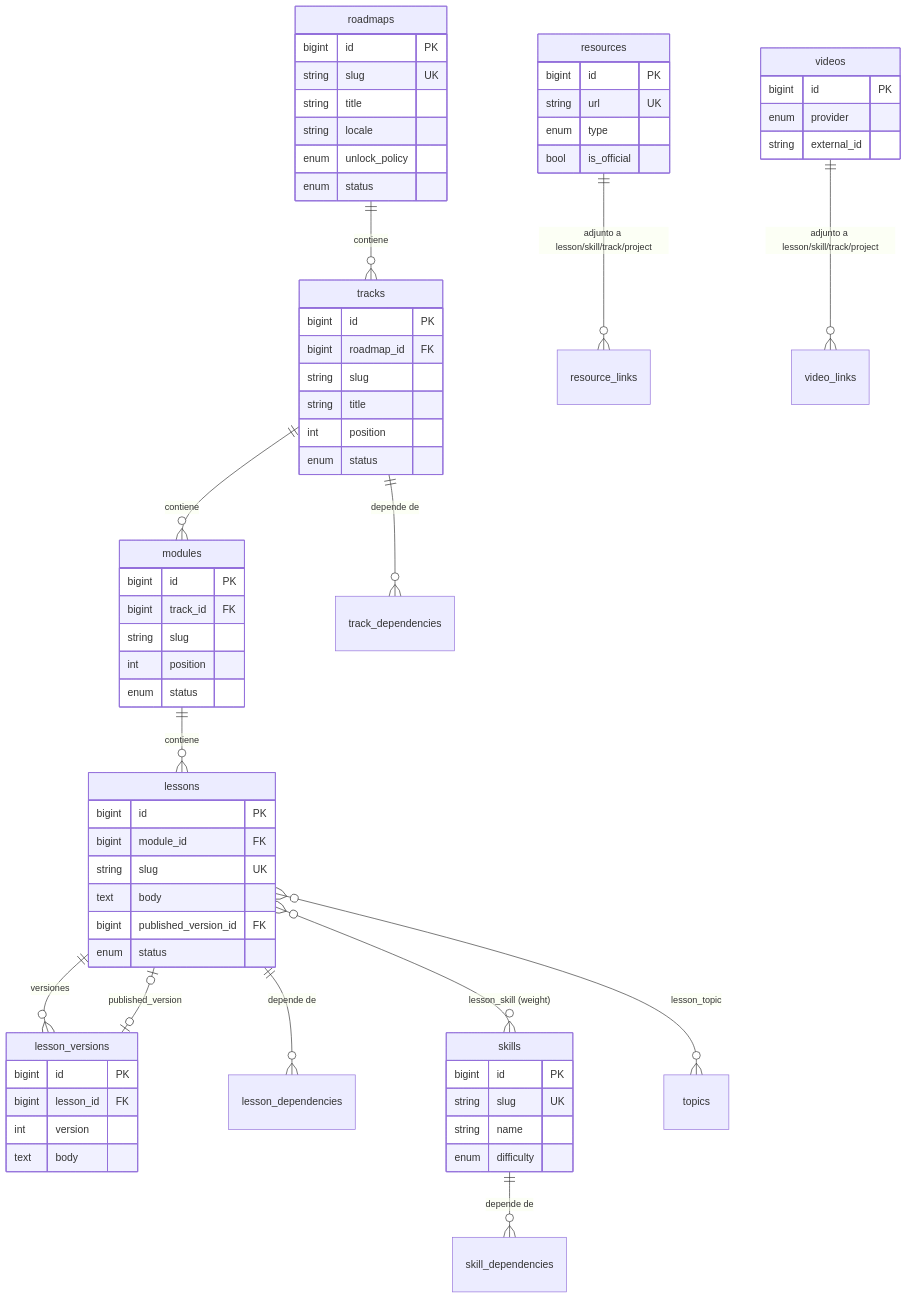
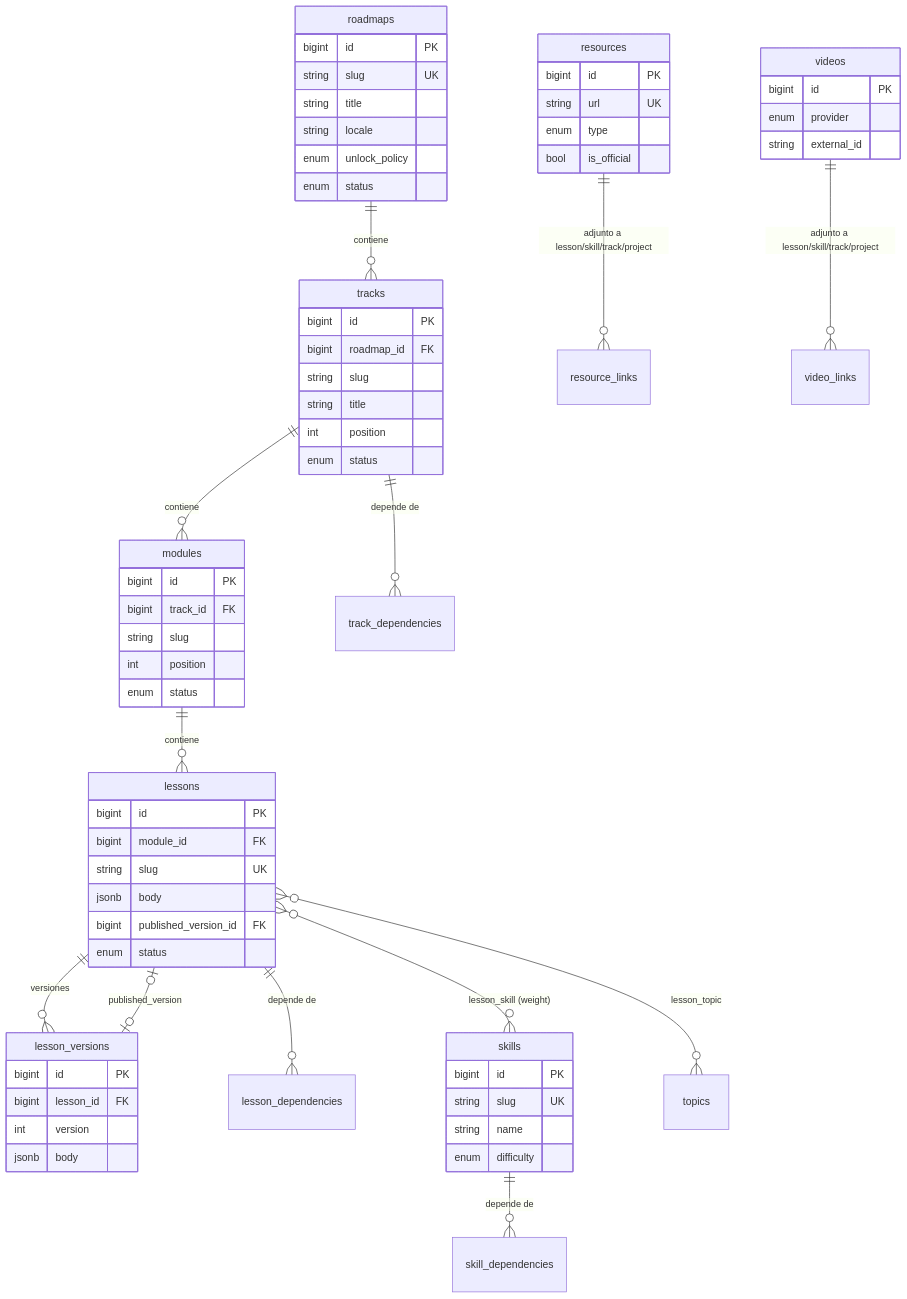
Before and after one commit to Esteban-Codificador/xoxo: the first of 3 diagrams in docs/database.md, drawn with Mermaid. The commit also changed other lines of this file and 8 other files, not shown here.

````diff
--- a/docs/database.md
+++ b/docs/database.md
@@ -47,54 +48,54 @@
 ```mermaid
 erDiagram
     roadmaps ||--o{ tracks : contiene
     tracks ||--o{ modules : contiene
     modules ||--o{ lessons : contiene
     lessons ||--o{ lesson_versions : "versiones"
     lessons |o--o| lesson_versions : "published_version"
     tracks ||--o{ track_dependencies : "depende de"
     lessons ||--o{ lesson_dependencies : "depende de"
     skills ||--o{ skill_dependencies : "depende de"
     lessons }o--o{ skills : "lesson_skill (weight)"
     lessons }o--o{ topics : "lesson_topic"
     resources ||--o{ resource_links : "adjunto a lesson/skill/track/project"
     videos ||--o{ video_links : "adjunto a lesson/skill/track/project"
 
     roadmaps { bigint id PK
         string slug UK
         string title
         string locale
         enum unlock_policy
         enum status }
     tracks { bigint id PK
         bigint roadmap_id FK
         string slug
         string title
         int position
         enum status }
     modules { bigint id PK
         bigint track_id FK
         string slug
         int position
         enum status }
     lessons { bigint id PK
         bigint module_id FK
         string slug UK
-        text body
+        jsonb body
         bigint published_version_id FK
         enum status }
     lesson_versions { bigint id PK
         bigint lesson_id FK
         int version
-        text body }
+        jsonb body }
     skills { bigint id PK
         string slug UK
         string name
         enum difficulty }
     resources { bigint id PK
         string url UK
         enum type
         bool is_official }
     videos { bigint id PK
         enum provider
         string external_id }
 ```
````
